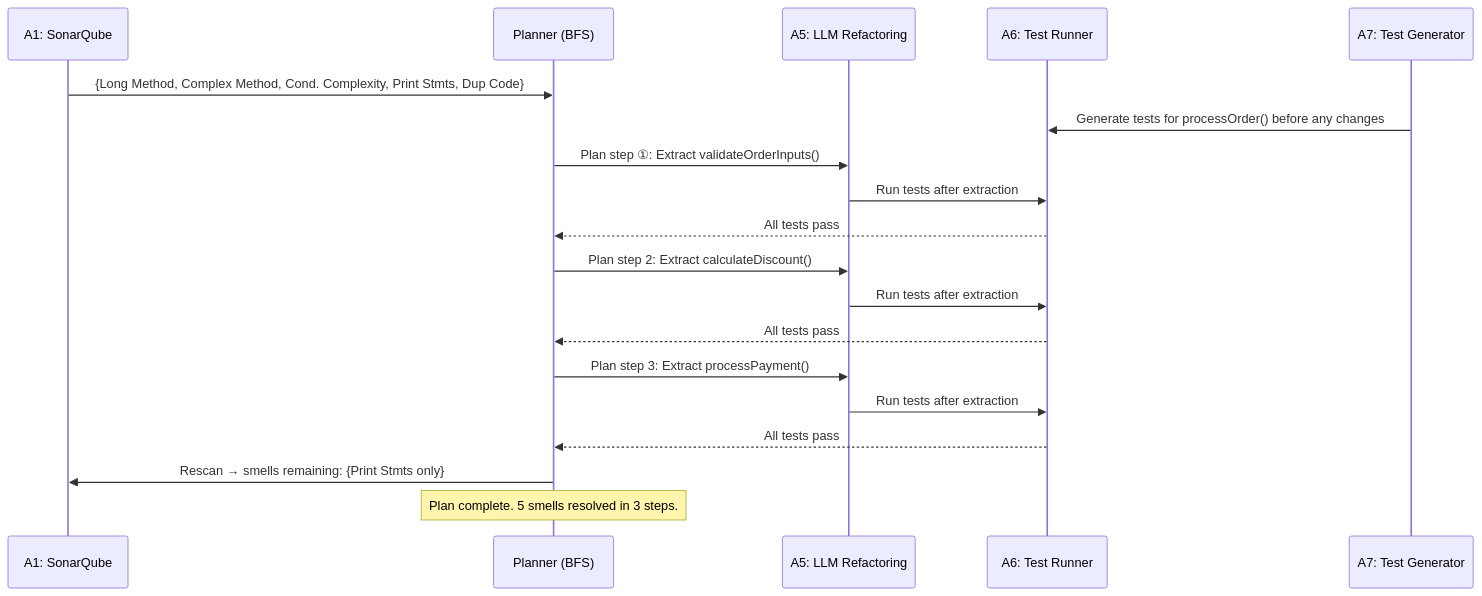
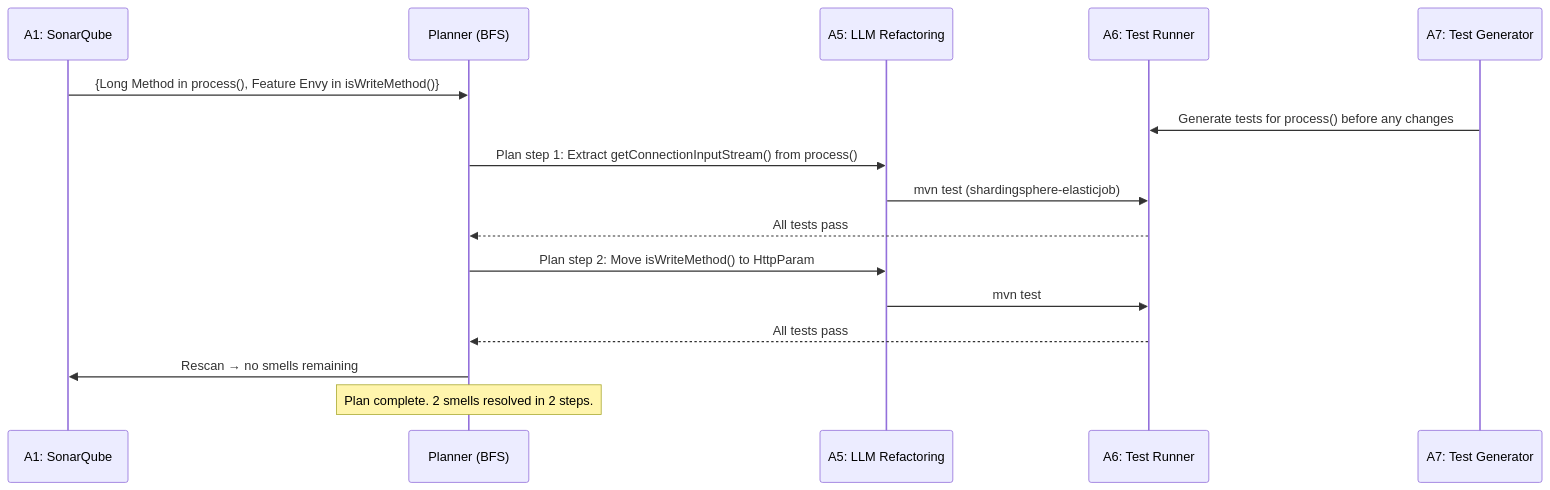
One commit to hpietukhin/smellai changed the ninth of 9 diagrams in slides_planning.md. Above: the diagram before and after it, drawn with Mermaid. The commit also changed other lines of this file, not shown here.

````diff
--- a/slides_planning.md
+++ b/slides_planning.md
@@ -1278,22 +1265,19 @@
 ```mermaid
 sequenceDiagram
   participant SQ as A1: SonarQube
   participant PL as Planner (BFS)
   participant LLM as A5: LLM Refactoring
   participant TEST as A6: Test Runner
   participant TG as A7: Test Generator
 
-  SQ->>PL: {Long Method, Complex Method, Cond. Complexity, Print Stmts, Dup Code}
-  TG->>TEST: Generate tests for processOrder() before any changes
-  PL->>LLM: Plan step ①: Extract validateOrderInputs()
-  LLM->>TEST: Run tests after extraction
+  SQ->>PL: {Long Method in process(), Feature Envy in isWriteMethod()}
+  TG->>TEST: Generate tests for process() before any changes
+  PL->>LLM: Plan step 1: Extract getConnectionInputStream() from process()
+  LLM->>TEST: mvn test (shardingsphere-elasticjob)
   TEST-->>PL: All tests pass
-  PL->>LLM: Plan step 2: Extract calculateDiscount()
-  LLM->>TEST: Run tests after extraction
+  PL->>LLM: Plan step 2: Move isWriteMethod() to HttpParam
+  LLM->>TEST: mvn test
   TEST-->>PL: All tests pass
-  PL->>LLM: Plan step 3: Extract processPayment()
-  LLM->>TEST: Run tests after extraction
-  TEST-->>PL: All tests pass
-  PL->>SQ: Rescan → smells remaining: {Print Stmts only}
-  Note over PL: Plan complete. 5 smells resolved in 3 steps.
+  PL->>SQ: Rescan → no smells remaining
+  Note over PL: Plan complete. 2 smells resolved in 2 steps.
 ```
````
